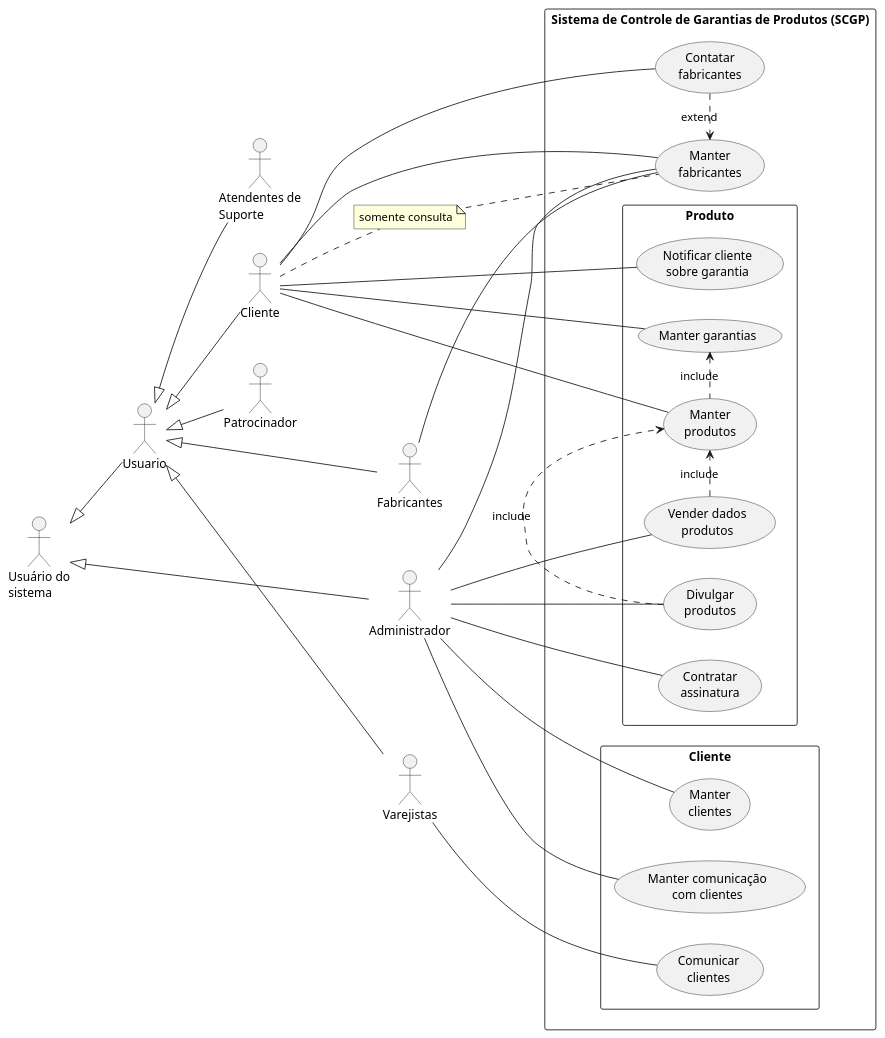
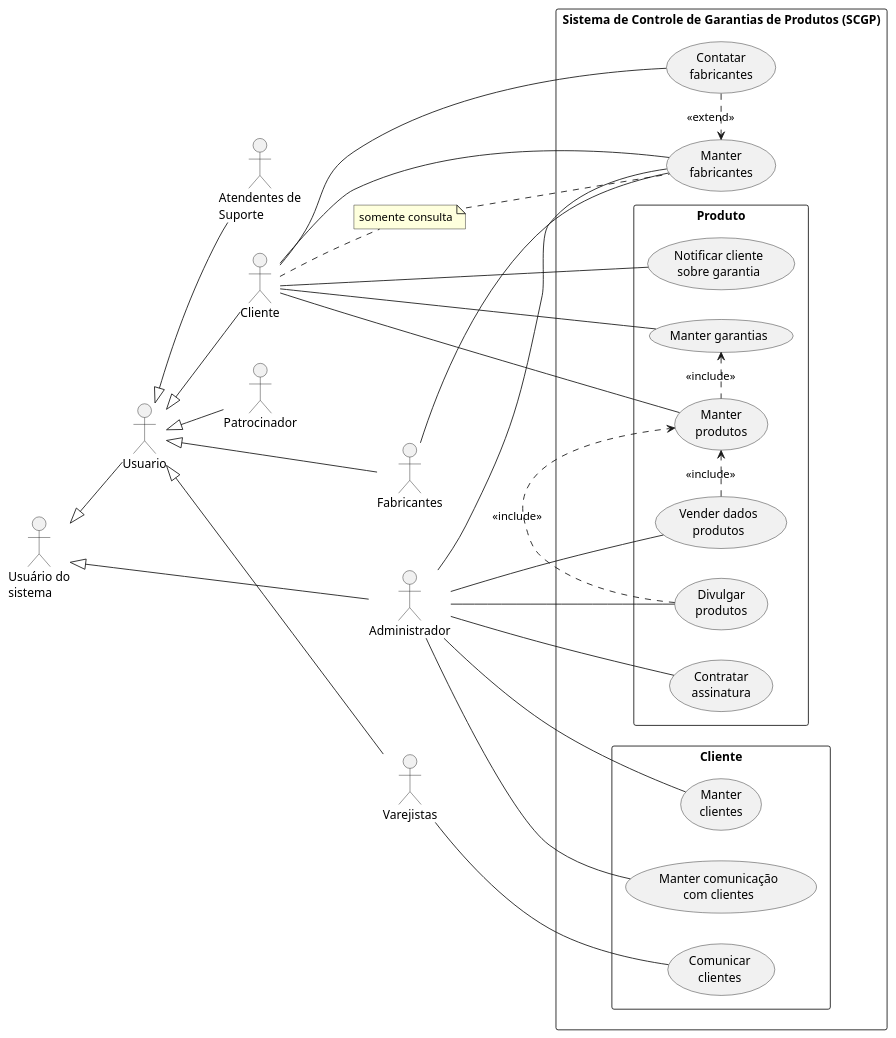
One commit to maxwellamaral/maxwellamaral.github.io changed the diagram in docs/assets/puml/usecase_view.puml. Above: the diagram before and after it, drawn with PlantUML. The commit also changed 40 other files, not shown here.

Commit message:
🆕 Adicionadas lições sobre UML e Introdução à ES

```diff
--- a/docs/assets/puml/usecase_view.puml
+++ b/docs/assets/puml/usecase_view.puml
@@ -1,73 +1,73 @@
 @startuml
 
 left to right direction
 skinparam packageStyle rectangle
 actor "Usuário do\nsistema" as us
 actor Usuario as u
 actor Cliente as c
 actor Administrador as adm
 actor Patrocinador as p
 actor Fabricantes as f
 actor Varejistas as v
 actor "Atendentes de\nSuporte" as a
 
 rectangle "Sistema de Controle de Garantias de Produtos (SCGP)" {
     package "Produto" {
         usecase "Manter\nprodutos" as uc_manter_produtos
         usecase "Contratar\nassinatura" as uc_contratar_assinatura
         usecase "Divulgar\nprodutos" as uc_divulgar_produtos
         usecase "Vender dados\nprodutos" as uc_vender_dados_produtos
         usecase "Notificar cliente\nsobre garantia" as uc_notificar_cliente_sobre_garantia
         usecase "Manter garantias" as uc_manter_garantias
     }
     package "Cliente" {
         usecase "Manter\nclientes" as uc_manter_clientes
         usecase "Comunicar\nclientes" as uc_comunicar_clientes
         usecase "Manter comunicação\ncom clientes" as uc_manter_comunicacao_clientes
     }
     usecase "Manter\nfabricantes" as uc_manter_fabricantes
     usecase "Contatar\nfabricantes" as uc_contatar_fabricantes
 }
 
 us <|-- u
 us <|-- adm
 u <|-- c
 u <|-- a
 u <|-- p
 u <|-- f
 u <|-- v
 
 c -- uc_manter_garantias
-uc_manter_garantias <. uc_manter_produtos: include
+uc_manter_garantias <. uc_manter_produtos: <<include>>
 
 c -- uc_manter_produtos
 adm -- uc_contratar_assinatura
 
 adm -- uc_vender_dados_produtos
-uc_vender_dados_produtos .> uc_manter_produtos: include
+uc_vender_dados_produtos .> uc_manter_produtos: <<include>>
 
 adm -- uc_divulgar_produtos
-uc_divulgar_produtos .> uc_manter_produtos: include
+uc_divulgar_produtos .> uc_manter_produtos: <<include>>
 
 adm -- uc_manter_clientes
 
 adm -- uc_manter_comunicacao_clientes
-' uc_manter_comunicacao_clientes .> uc_manter_clientes: include
+' uc_manter_comunicacao_clientes .> uc_manter_clientes: <<include>>
 
 v -- uc_comunicar_clientes
-' uc_comunicar_clientes .> uc_manter_clientes: include
+' uc_comunicar_clientes .> uc_manter_clientes: <<include>>
 
 c -- uc_notificar_cliente_sobre_garantia
 
 adm -- uc_manter_fabricantes
 f -- uc_manter_fabricantes
 
 note "somente consulta" as N1
 
 c -- uc_manter_fabricantes
 c .. N1
 N1 .. uc_manter_fabricantes
 
 c -- uc_contatar_fabricantes
-uc_contatar_fabricantes .> uc_manter_fabricantes: extend
+uc_contatar_fabricantes .> uc_manter_fabricantes: <<extend>>
 @enduml
```
